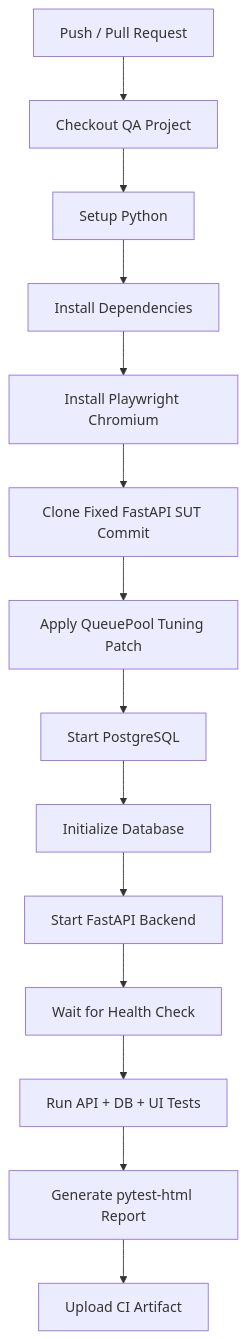
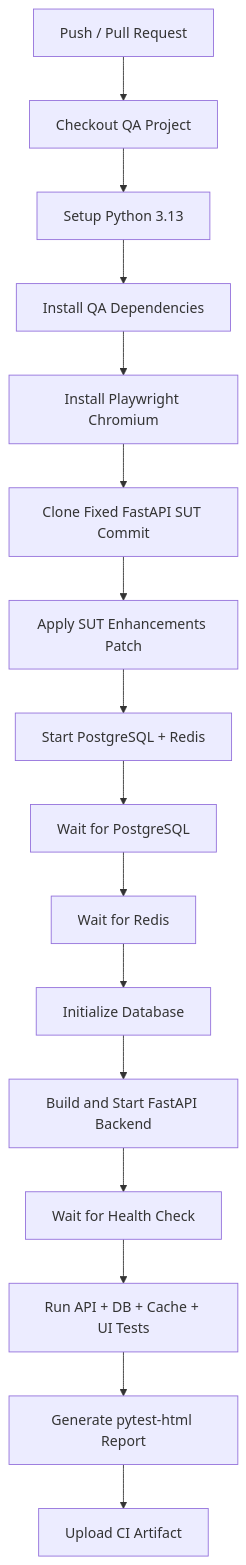
The second of 2 diagrams in README.md (11166-qa/qa-automation), drawn with Mermaid before and after one commit. The commit also changed other lines of this file, not shown here.

Commit message:
docs: update README with Redis testing and CI

````diff
--- a/README.md
+++ b/README.md
@@ -607,16 +612,18 @@
 ```mermaid
 flowchart TD
     A[Push / Pull Request] --> B[Checkout QA Project]
-    B --> C[Setup Python]
-    C --> D[Install Dependencies]
+    B --> C[Setup Python 3.13]
+    C --> D[Install QA Dependencies]
     D --> E[Install Playwright Chromium]
     E --> F[Clone Fixed FastAPI SUT Commit]
-    F --> G[Apply QueuePool Tuning Patch]
-    G --> H[Start PostgreSQL]
-    H --> I[Initialize Database]
-    I --> J[Start FastAPI Backend]
-    J --> K[Wait for Health Check]
-    K --> L[Run API + DB + UI Tests]
-    L --> M[Generate pytest-html Report]
-    M --> N[Upload CI Artifact]
+    F --> G[Apply SUT Enhancements Patch]
+    G --> H[Start PostgreSQL + Redis]
+    H --> I[Wait for PostgreSQL]
+    I --> J[Wait for Redis]
+    J --> K[Initialize Database]
+    K --> L[Build and Start FastAPI Backend]
+    L --> M[Wait for Health Check]
+    M --> N[Run API + DB + Cache + UI Tests]
+    N --> O[Generate pytest-html Report]
+    O --> P[Upload CI Artifact]
 ```
````
